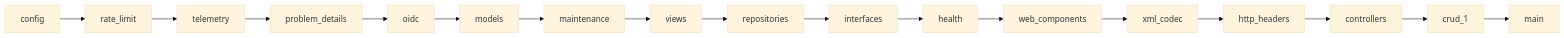
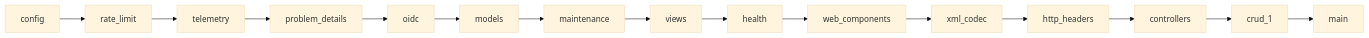
Before and after one commit to craftainer/template-fastapi: the first of 2 diagrams in src/app/README.md, drawn with Mermaid (base theme). The commit also changed other lines of this file and 124 other files, not shown here.

````diff
--- a/src/app/README.md
+++ b/src/app/README.md
@@ -77,7 +91,7 @@
 ```mermaid
 graph LR
     config --> rate_limit --> telemetry --> problem_details --> oidc
-    oidc --> models --> maintenance --> views --> repositories --> interfaces
-    interfaces --> health --> web_components --> xml_codec --> http_headers
-    http_headers --> controllers --> crud_1 --> main
+    oidc --> models --> maintenance --> views --> health --> web_components
+    web_components --> xml_codec --> http_headers --> controllers
+    controllers --> crud_1 --> main
 ```
````
